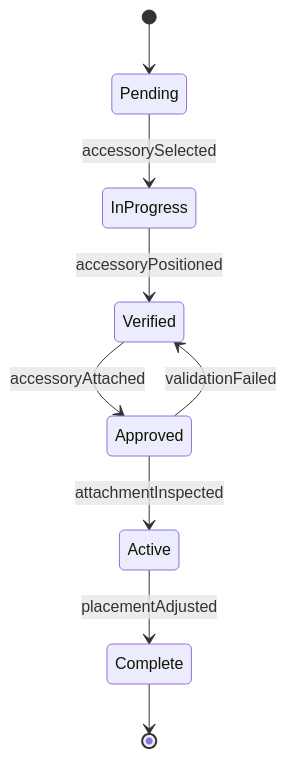
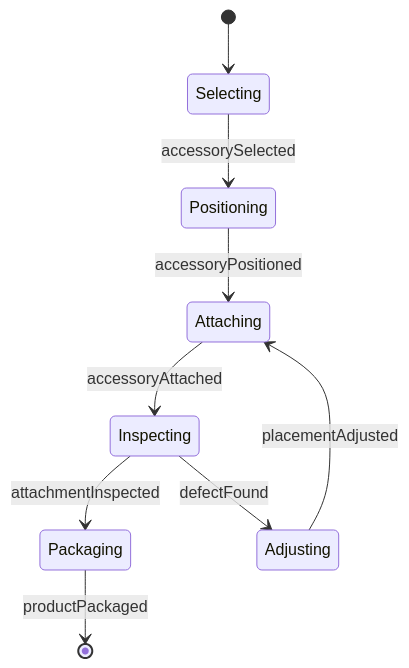
Before and after one commit to dot-org-ai/tasks.org.ai: the second of 4 diagrams in HandlingAndMovingObjects/CreateDecorativeObjectsOrPartsOfObjects/AttachDecorativeFunctionalAccessoriesProducts.mdx, drawn with Mermaid. The commit also changed other lines of this file and 515 other files, not shown here.

````diff
--- a/HandlingAndMovingObjects/CreateDecorativeObjectsOrPartsOfObjects/AttachDecorativeFunctionalAccessoriesProducts.mdx
+++ b/HandlingAndMovingObjects/CreateDecorativeObjectsOrPartsOfObjects/AttachDecorativeFunctionalAccessoriesProducts.mdx
@@ -96,11 +97,11 @@
 ```mermaid
 stateDiagram-v2
-    [*] --> Pending
-    Pending --> InProgress : accessorySelected
-    InProgress --> Verified : accessoryPositioned
-    Verified --> Approved : accessoryAttached
-    Approved --> Active : attachmentInspected
-    Active --> Complete : placementAdjusted
-    Approved --> Verified : validationFailed
-    Complete --> [*]
+    [*] --> Selecting
+    Selecting --> Positioning : accessorySelected
+    Positioning --> Attaching : accessoryPositioned
+    Attaching --> Inspecting : accessoryAttached
+    Inspecting --> Packaging : attachmentInspected
+    Packaging --> [*] : productPackaged
+    Inspecting --> Adjusting : defectFound
+    Adjusting --> Attaching : placementAdjusted
 ```
````
